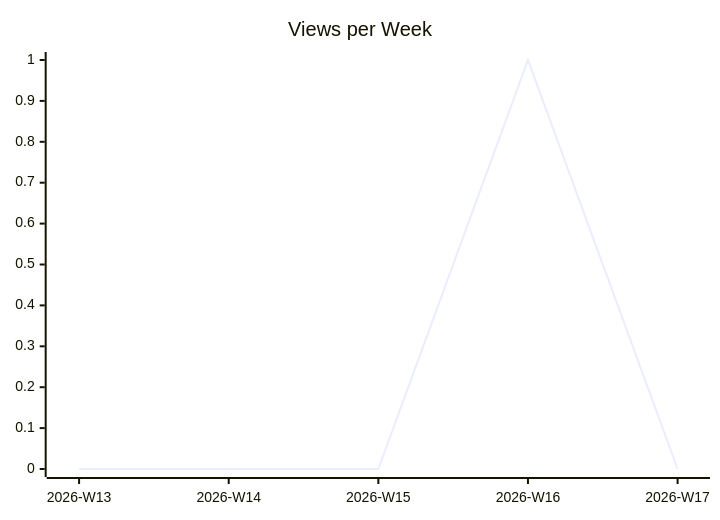
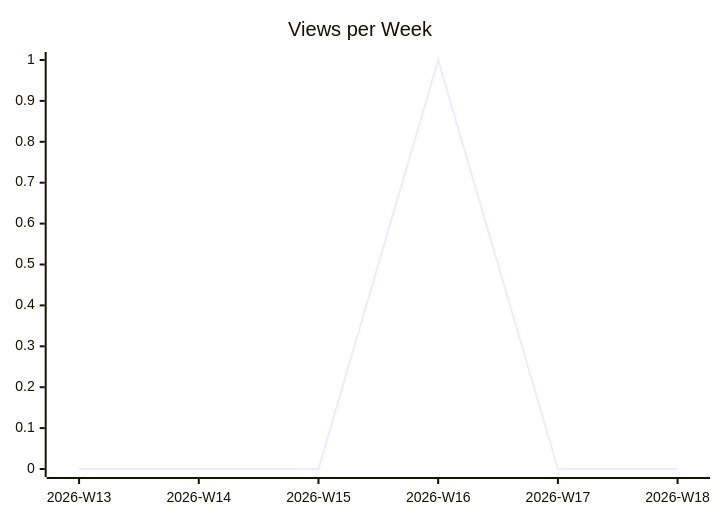
The second of 3 diagrams in justdavis-family/github-analytics-data/README.md (justdavis-family/github-analytics-data), drawn with Mermaid before and after one commit. The commit also changed other lines of this file and 184 other files, not shown here.

````diff
--- a/justdavis-family/github-analytics-data/README.md
+++ b/justdavis-family/github-analytics-data/README.md
@@ -12,6 +12,6 @@
 ```mermaid
 xychart-beta
   title "Views per Week"
-  x-axis ["2026-W13", "2026-W14", "2026-W15", "2026-W16", "2026-W17"]
-  line [0, 0, 0, 1, 0]
+  x-axis ["2026-W13", "2026-W14", "2026-W15", "2026-W16", "2026-W17", "2026-W18"]
+  line [0, 0, 0, 1, 0, 0]
 ```
````
